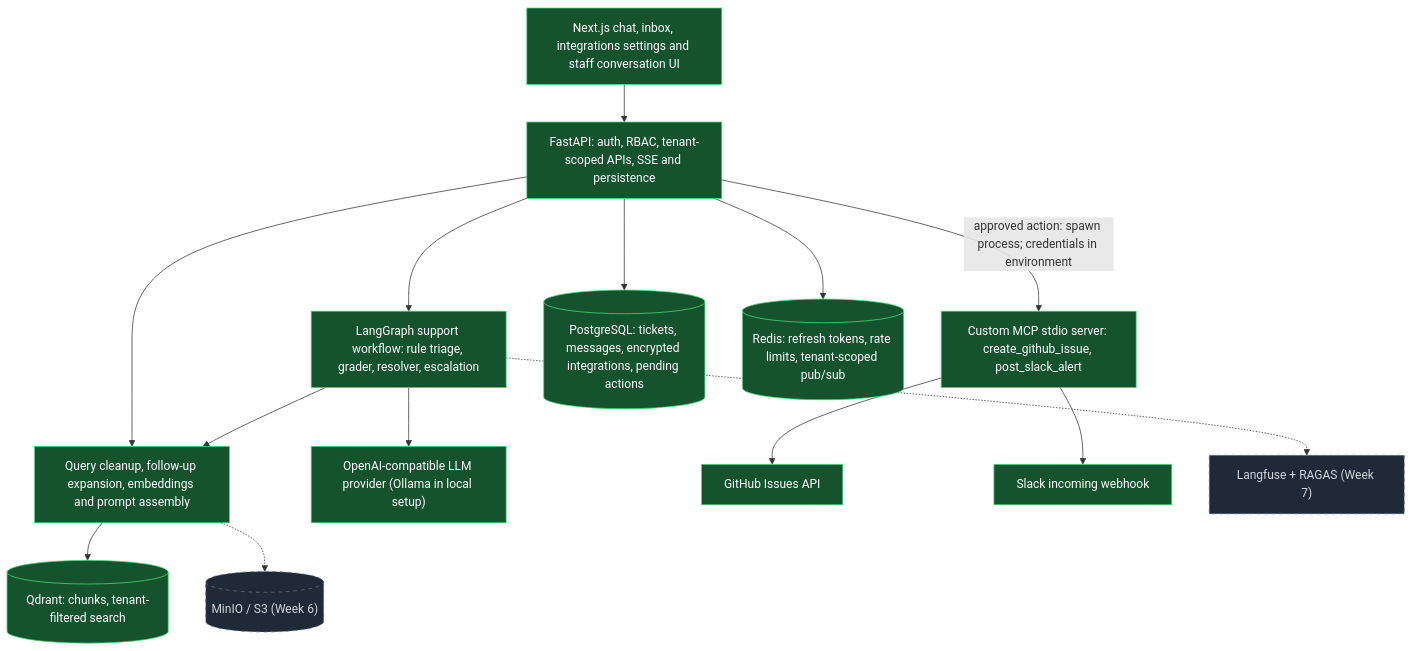
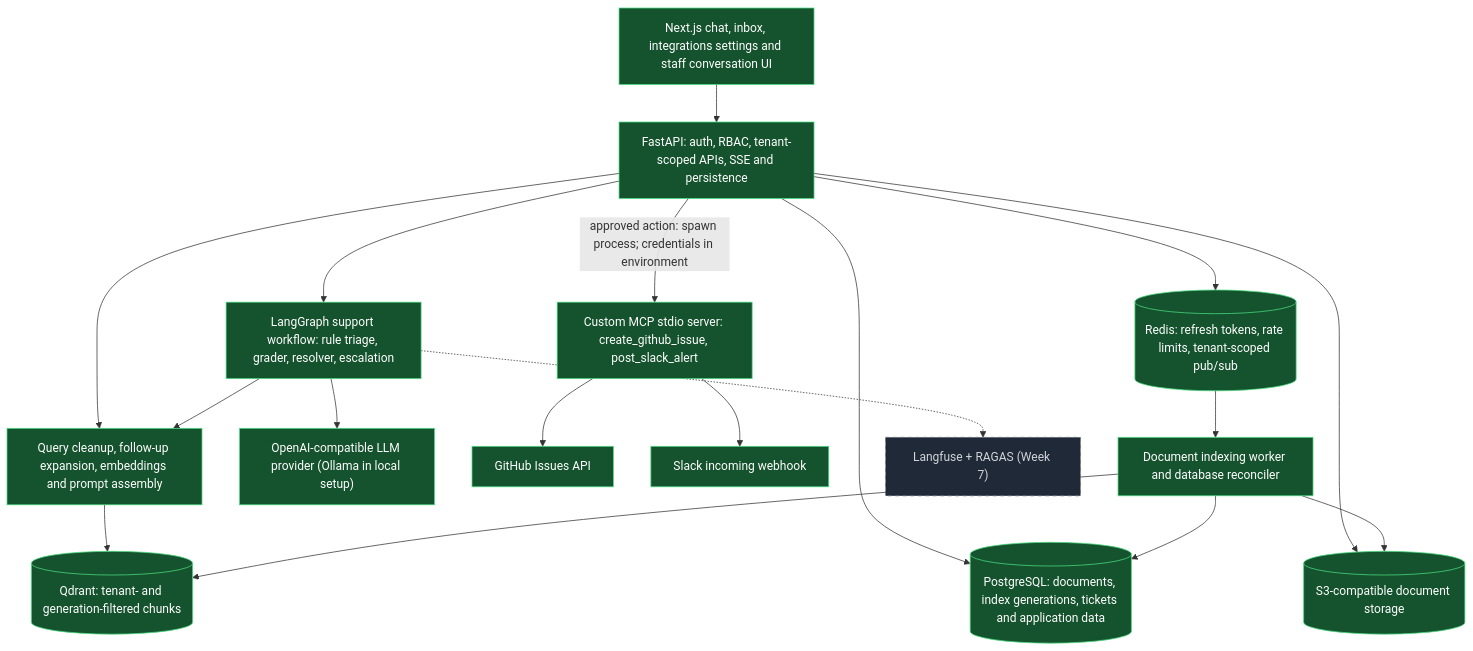
Before and after one commit to BanothuNithin/SupportPilot: the first of 7 diagrams in docs/ARCHITECTURE.md, drawn with Mermaid. The commit also changed other lines of this file and 26 other files, not shown here.

Commit message:
feat(week6): implement durable generation-based document indexing

````diff
--- a/docs/ARCHITECTURE.md
+++ b/docs/ARCHITECTURE.md
@@ -5,33 +5,38 @@
 ```mermaid
 flowchart TD
     UI["Next.js chat, inbox, integrations settings and staff conversation UI"]:::done
     API["FastAPI: auth, RBAC, tenant-scoped APIs, SSE and persistence"]:::done
     AG["LangGraph support workflow: rule triage, grader, resolver, escalation"]:::done
     RAG["Query cleanup, follow-up expansion, embeddings and prompt assembly"]:::done
-    QD[("Qdrant: chunks, tenant-filtered search")]:::done
+    QD[("Qdrant: tenant- and generation-filtered chunks")]:::done
     LLM["OpenAI-compatible LLM provider (Ollama in local setup)"]:::done
     MCP["Custom MCP stdio server: create_github_issue, post_slack_alert"]:::done
     GH["GitHub Issues API"]:::done
     SL["Slack incoming webhook"]:::done
-    PG[("PostgreSQL: tickets, messages, encrypted integrations, pending actions")]:::done
+    PG[("PostgreSQL: documents, index generations, tickets and application data")]:::done
     RD[("Redis: refresh tokens, rate limits, tenant-scoped pub/sub")]:::done
-    S3[("MinIO / S3 (Week 6)")]:::planned
+    WK["Document indexing worker and database reconciler"]:::done
+    S3[("S3-compatible document storage")]:::done
     OBS["Langfuse + RAGAS (Week 7)"]:::planned
 
     UI --> API
     API --> AG
     API --> RAG
     AG --> RAG
     RAG --> QD
     AG --> LLM
     API --> PG
     API --> RD
+    API --> S3
+    RD --> WK
+    WK --> PG
+    WK --> S3
+    WK --> QD
     API -->|"approved action: spawn process; credentials in environment"| MCP
     MCP --> GH
     MCP --> SL
-    RAG -.-> S3
     AG -.-> OBS
 
     classDef done fill:#14532d,stroke:#4ade80,color:#ffffff;
     classDef planned fill:#1f2937,stroke:#6b7280,color:#d1d5db,stroke-dasharray: 5 5;
 ```
````
